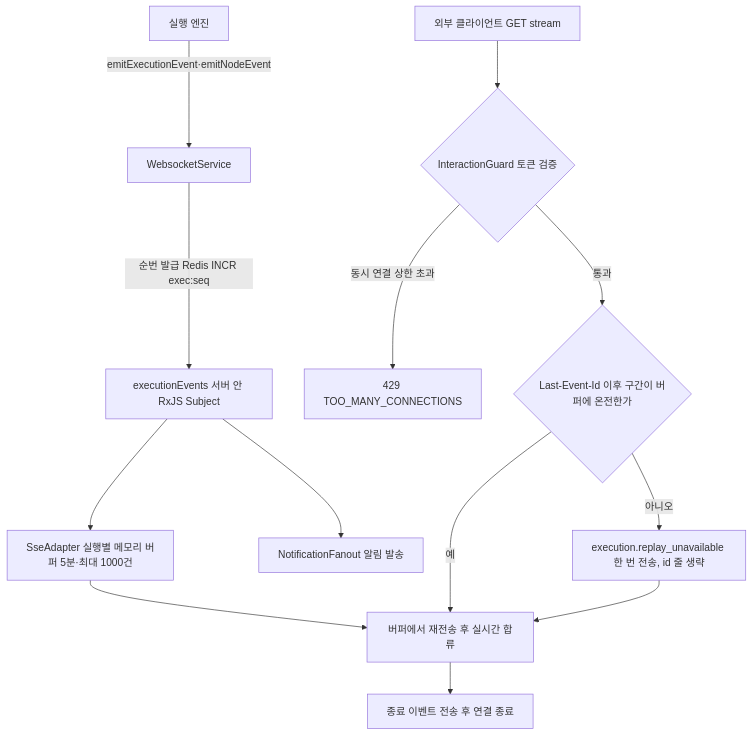
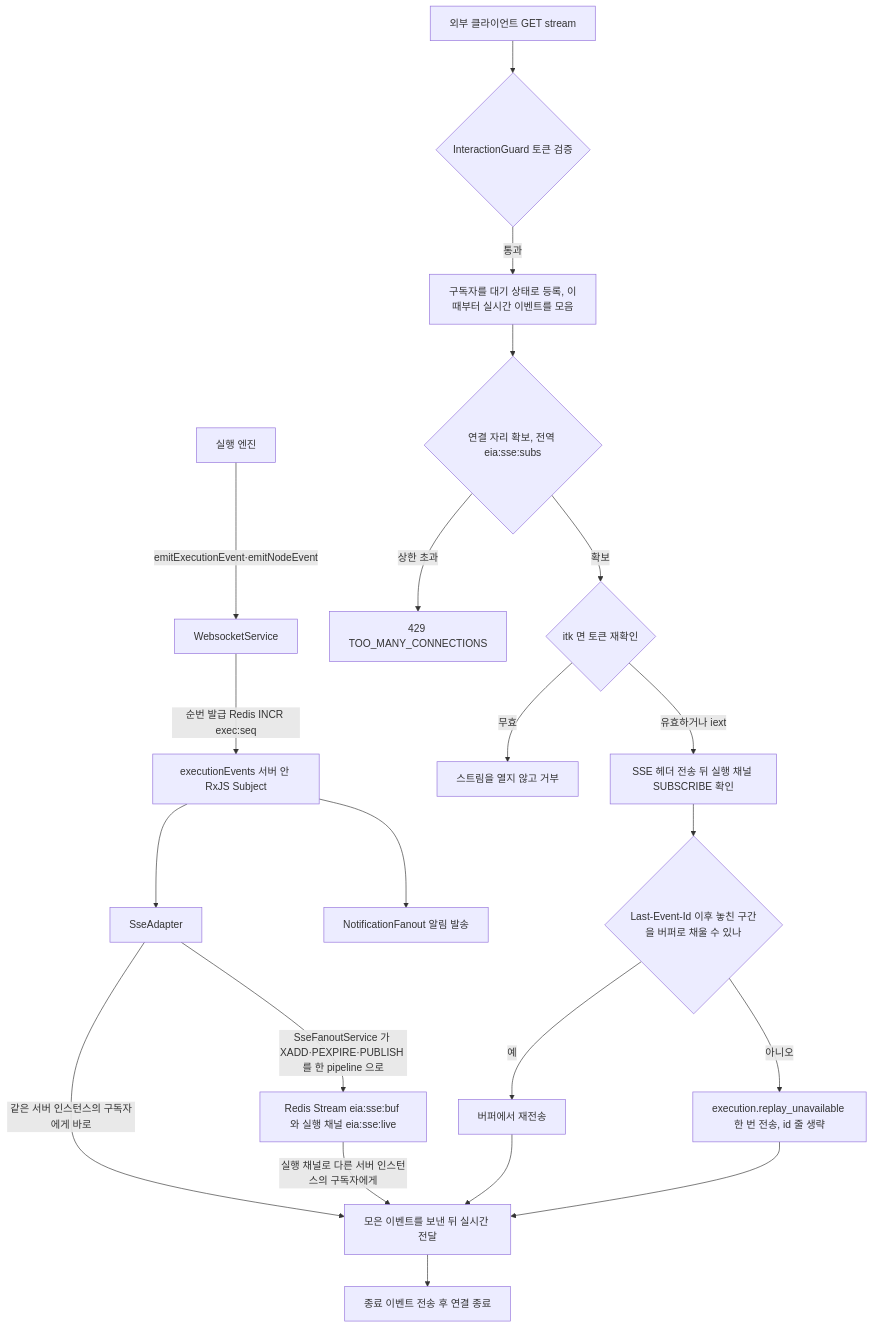
One commit to worker-ants/clemvion changed the third of 7 diagrams in spec/CLE-IX/CLE-EIA-DATA.md. Above: the diagram before and after it, drawn with Mermaid. The commit also changed other lines of this file and 32 other files, not shown here.

````diff
--- a/spec/CLE-IX/CLE-EIA-DATA.md
+++ b/spec/CLE-IX/CLE-EIA-DATA.md
@@ -216,15 +216,23 @@
 ```mermaid
 flowchart TD
   A[실행 엔진] -->|emitExecutionEvent·emitNodeEvent| B[WebsocketService]
   B -->|순번 발급 Redis INCR exec:seq| C[executionEvents 서버 안 RxJS Subject]
-  C --> D[SseAdapter 실행별 메모리 버퍼 5분·최대 1000건]
+  C --> D[SseAdapter]
   C --> E[NotificationFanout 알림 발송]
+  D -->|같은 서버 인스턴스의 구독자에게 바로| M[모은 이벤트를 보낸 뒤 실시간 전달]
+  D -->|SseFanoutService 가 XADD·PEXPIRE·PUBLISH 를 한 pipeline 으로| R[Redis Stream eia:sse:buf 와 실행 채널 eia:sse:live]
+  R -->|실행 채널로 다른 서버 인스턴스의 구독자에게| M
   F[외부 클라이언트 GET stream] --> G{InteractionGuard 토큰 검증}
-  G -->|동시 연결 상한 초과| H[429 TOO_MANY_CONNECTIONS]
-  G -->|통과| I{Last-Event-Id 이후 구간이 버퍼에 온전한가}
-  I -->|예| J[버퍼에서 재전송 후 실시간 합류]
+  G -->|통과| P[구독자를 대기 상태로 등록, 이때부터 실시간 이벤트를 모음]
+  P --> Q{연결 자리 확보, 전역 eia:sse:subs}
+  Q -->|상한 초과| H[429 TOO_MANY_CONNECTIONS]
+  Q -->|확보| T{itk 면 토큰 재확인}
+  T -->|무효| U[스트림을 열지 않고 거부]
+  T -->|유효하거나 iext| S[SSE 헤더 전송 뒤 실행 채널 SUBSCRIBE 확인]
+  S --> I{Last-Event-Id 이후 놓친 구간을 버퍼로 채울 수 있나}
+  I -->|예| J[버퍼에서 재전송]
   I -->|아니오| K[execution.replay_unavailable 한 번 전송, id 줄 생략]
-  D --> J
-  J --> L[종료 이벤트 전송 후 연결 종료]
-  K --> J
+  J --> M
+  K --> M
+  M --> L[종료 이벤트 전송 후 연결 종료]
 ```
````
